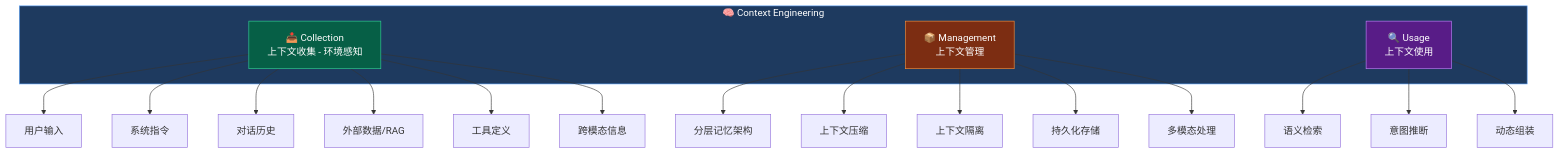
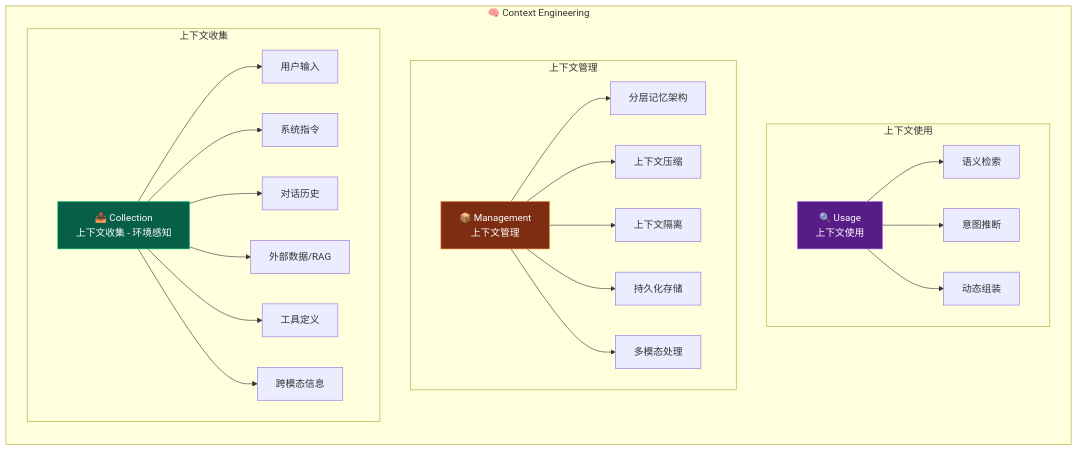
Before and after one commit to ThreeFish-AI/agentic-ai-cognizes: the second of 7 diagrams in docs/research/010-context-engineering.md, drawn with Mermaid. The commit also changed other lines of this file, not shown here.

````diff
--- a/docs/research/010-context-engineering.md
+++ b/docs/research/010-context-engineering.md
@@ -174,30 +176,34 @@
 ```mermaid
-graph TD
+graph LR
     subgraph CE["🧠 Context Engineering"]
-        CC["📥 Collection<br>上下文收集 - 环境感知"]
-        CM["📦 Management<br>上下文管理"]
-        CU["🔍 Usage<br>上下文使用"]
+        subgraph Context Usage[上下文使用]
+            CU["🔍 Usage<br>上下文使用"]
+            CU --> CU1["语义检索"]
+            CU --> CU2["意图推断"]
+            CU --> CU3["动态组装"]
+        end
+
+        subgraph Context Management[上下文管理]
+            CM["📦 Management<br>上下文管理"]
+            CM --> CM1["分层记忆架构"]
+            CM --> CM2["上下文压缩"]
+            CM --> CM3["上下文隔离"]
+            CM --> CM4["持久化存储"]
+            CM --> CM5[多模态处理]
+        end
+
+        subgraph Context Collection[上下文收集]
+            CC["📥 Collection<br>上下文收集 - 环境感知"]
+            CC --> CC1["用户输入"]
+            CC --> CC2["系统指令"]
+            CC --> CC3["对话历史"]
+            CC --> CC4["外部数据/RAG"]
+            CC --> CC5["工具定义"]
+            CC --> CC6[跨模态信息]
+        end
     end
 
-    CC --> CC1["用户输入"]
-    CC --> CC2["系统指令"]
-    CC --> CC3["对话历史"]
-    CC --> CC4["外部数据/RAG"]
-    CC --> CC5["工具定义"]
-    CC --> CC6[跨模态信息]
-
-    CM --> CM1["分层记忆架构"]
-    CM --> CM2["上下文压缩"]
-    CM --> CM3["上下文隔离"]
-    CM --> CM4["持久化存储"]
-    CM --> CM5[多模态处理]
-
-    CU --> CU1["语义检索"]
-    CU --> CU2["意图推断"]
-    CU --> CU3["动态组装"]
-
-    style CE fill:#1e3a5f,stroke:#60a5fa,color:#fff
     style CC fill:#065f46,stroke:#34d399,color:#fff
     style CM fill:#7c2d12,stroke:#fb923c,color:#fff
     style CU fill:#581c87,stroke:#c084fc,color:#fff
 ```
````
